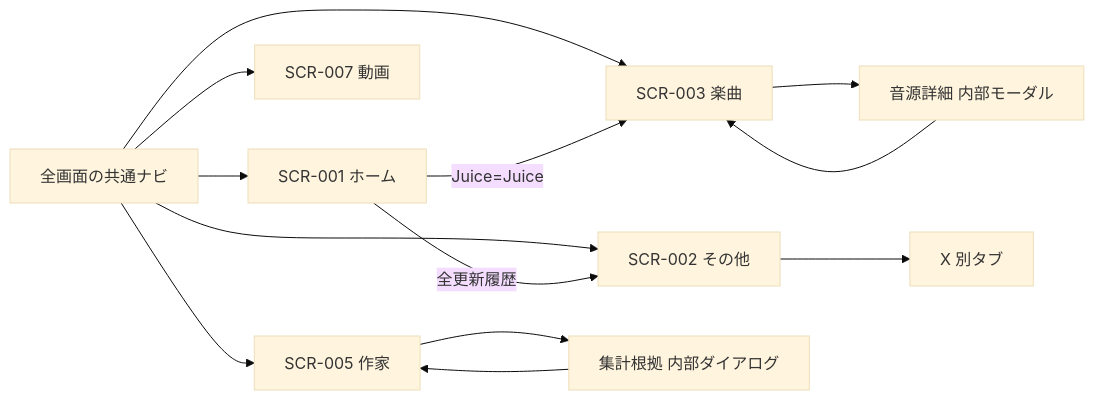
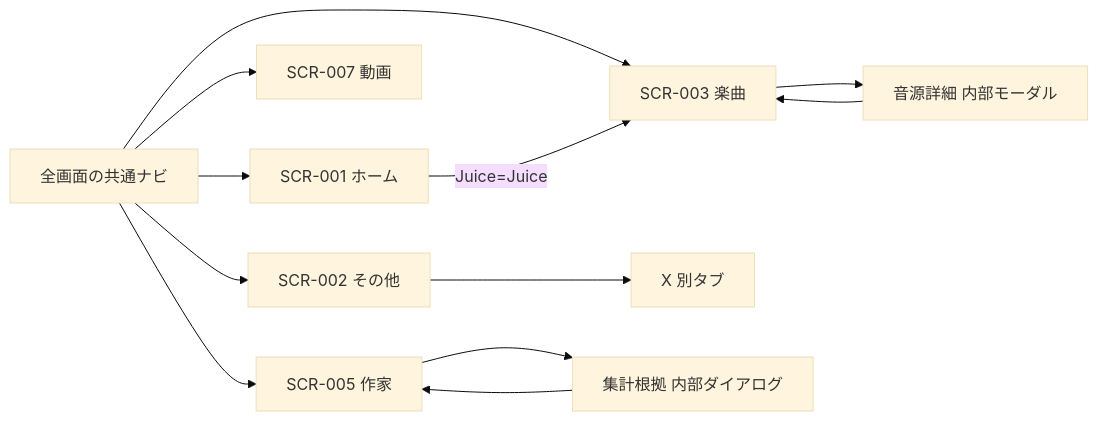
Before and after one commit to YutoSuga/helloproject-song-data: the diagram in docs/design/screens/画面一覧.md, drawn with Mermaid (base theme). The commit also changed other lines of this file and 7 other files, not shown here.

````diff
--- a/docs/design/screens/画面一覧.md
+++ b/docs/design/screens/画面一覧.md
@@ -18,15 +18,14 @@
 ```mermaid
 flowchart LR
  N[全画面の共通ナビ] --> H[SCR-001 ホーム]
  N --> S[SCR-003 楽曲]
  N --> V[SCR-007 動画]
  N --> C[SCR-005 作家]
  N --> M[SCR-002 その他]
  H -->|Juice=Juice| S
- H -->|全更新履歴| M
  M --> X[X 別タブ]
  S --> SD[音源詳細 内部モーダル]
  SD --> S
  C --> D[集計根拠 内部ダイアログ]
  D --> C
 ```
````
